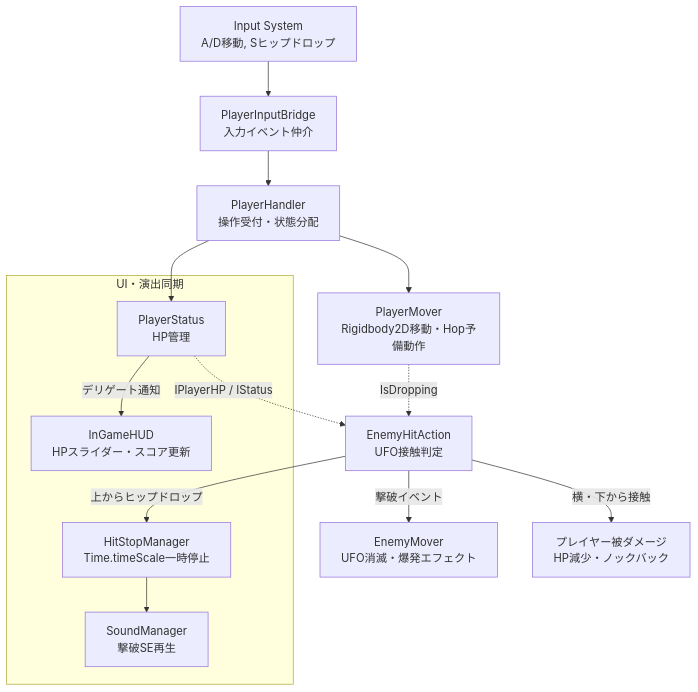
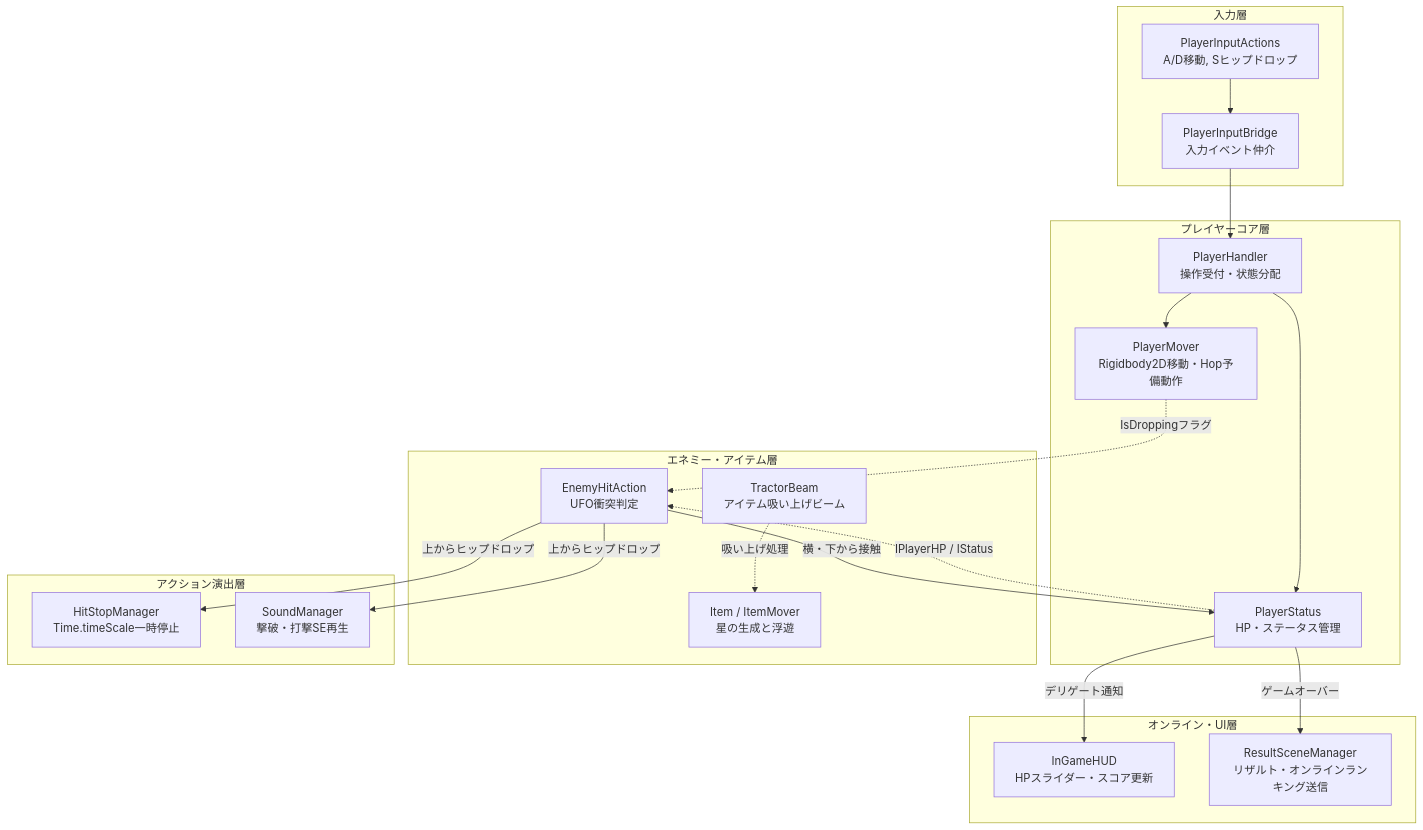
The first of 4 diagrams in src/content/posts/game-stardrop.md (junya005/junya005.github.io), drawn with Mermaid before and after one commit. The commit also changed other lines of this file and 6 other files, not shown here.

````diff
--- a/src/content/posts/game-stardrop.md
+++ b/src/content/posts/game-stardrop.md
@@ -39,20 +52,44 @@
 ```mermaid
 graph TD
-    Input["Input System<br/>A/D移動, Sヒップドロップ"] --> Bridge["PlayerInputBridge<br/>入力イベント仲介"]
-    Bridge --> Handler["PlayerHandler<br/>操作受付・状態分配"]
-    
-    Handler --> Mover["PlayerMover<br/>Rigidbody2D移動・Hop予備動作"]
-    Handler --> Status["PlayerStatus<br/>HP管理"]
-    
-    Status -.->|"IPlayerHP / IStatus"| HitAction["EnemyHitAction<br/>UFO接触判定"]
-    Mover -.->|"IsDropping"| HitAction
-    
-    HitAction -->|"上からヒップドロップ"| HitStop["HitStopManager<br/>Time.timeScale一時停止"]
-    HitAction -->|"撃破イベント"| Enemy["EnemyMover<br/>UFO消滅・爆発エフェクト"]
-    HitAction -->|"横・下から接触"| Damage["プレイヤー被ダメージ<br/>HP減少・ノックバック"]
-    
-    subgraph UI_Audio["UI・演出同期"]
-        Status -->|"デリゲート通知"| HUD["InGameHUD<br/>HPスライダー・スコア更新"]
-        HitStop --> Sound["SoundManager<br/>撃破SE再生"]
+    subgraph InputLayer[入力層]
+        Input[PlayerInputActions<br/>A/D移動, Sヒップドロップ]
+        Bridge[PlayerInputBridge<br/>入力イベント仲介]
+        Input --> Bridge
     end
+
+    subgraph PlayerCore[プレイヤーコア層]
+        Handler[PlayerHandler<br/>操作受付・状態分配]
+        Mover[PlayerMover<br/>Rigidbody2D移動・Hop予備動作]
+        Status[PlayerStatus<br/>HP・ステータス管理]
+        Bridge --> Handler
+        Handler --> Mover
+        Handler --> Status
+    end
+
+    subgraph EnemyItemLayer[エネミー・アイテム層]
+        HitAction[EnemyHitAction<br/>UFO衝突判定]
+        Tractor[TractorBeam<br/>アイテム吸い上げビーム]
+        Item[Item / ItemMover<br/>星の生成と浮遊]
+    end
+
+    subgraph ActionFeedback[アクション演出層]
+        HitStop[HitStopManager<br/>Time.timeScale一時停止]
+        Sound[SoundManager<br/>撃破・打撃SE再生]
+    end
+
+    subgraph OnlineSystem[オンライン・UI層]
+        HUD[InGameHUD<br/>HPスライダー・スコア更新]
+        Result[ResultSceneManager<br/>リザルト・オンラインランキング送信]
+    end
+
+    Status -.->|"IPlayerHP / IStatus"| HitAction
+    Mover -.->|"IsDroppingフラグ"| HitAction
+    Tractor -.->|"吸い上げ処理"| Item
+
+    HitAction -->|"上からヒップドロップ"| HitStop
+    HitAction -->|"上からヒップドロップ"| Sound
+    HitAction -->|"横・下から接触"| Status
+
+    Status -->|"デリゲート通知"| HUD
+    Status -->|"ゲームオーバー"| Result
 ```
````
